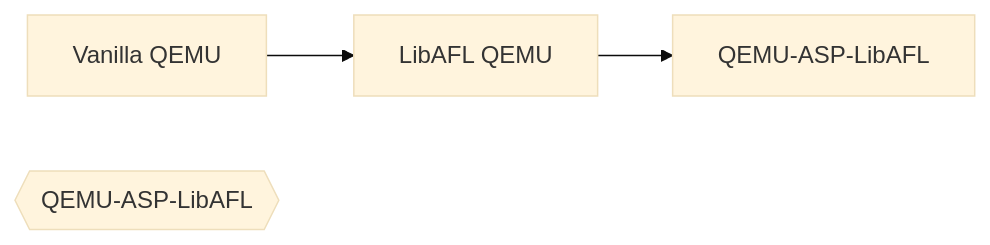
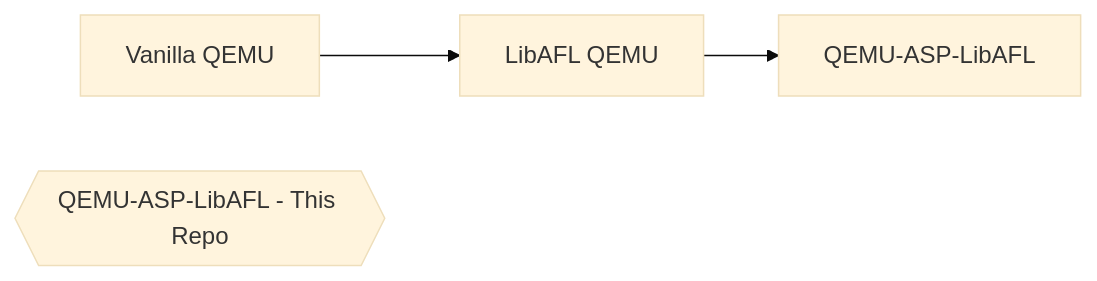
Before and after one commit to PSPReverse/qemu-psp: the diagram in README.md, drawn with Mermaid (base theme). The commit also changed other lines of this file and 3 other files, not shown here.

````diff
--- a/README.md
+++ b/README.md
@@ -7,9 +7,9 @@
 ```mermaid
 flowchart LR;
 
 VanillaQemu["Vanilla QEMU"];
 LibAFLQemu["LibAFL QEMU"];
-LibAFLPSPQemu{{"QEMU-ASP-LibAFL"}};
+LibAFLPSPQemu{{"QEMU-ASP-LibAFL - This Repo"}};
 
 VanillaQemu --> LibAFLQemu --> QEMU-ASP-LibAFL;
 ```
````
